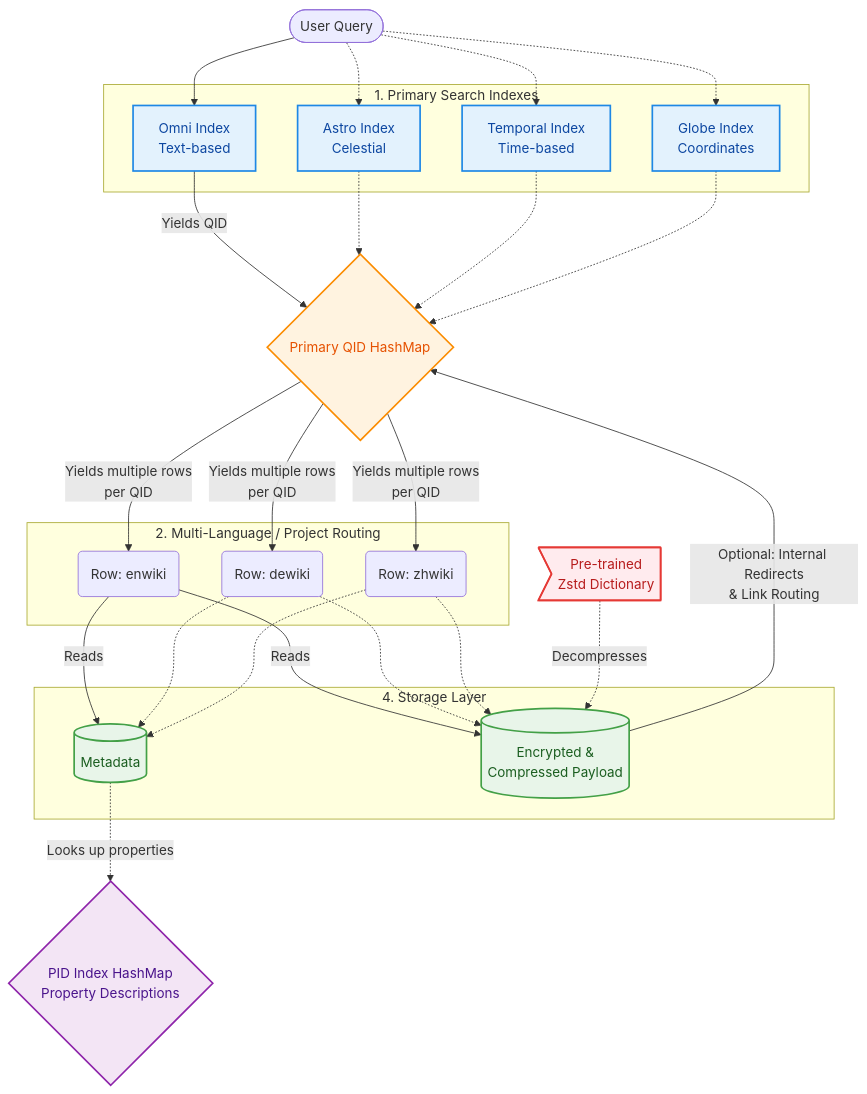
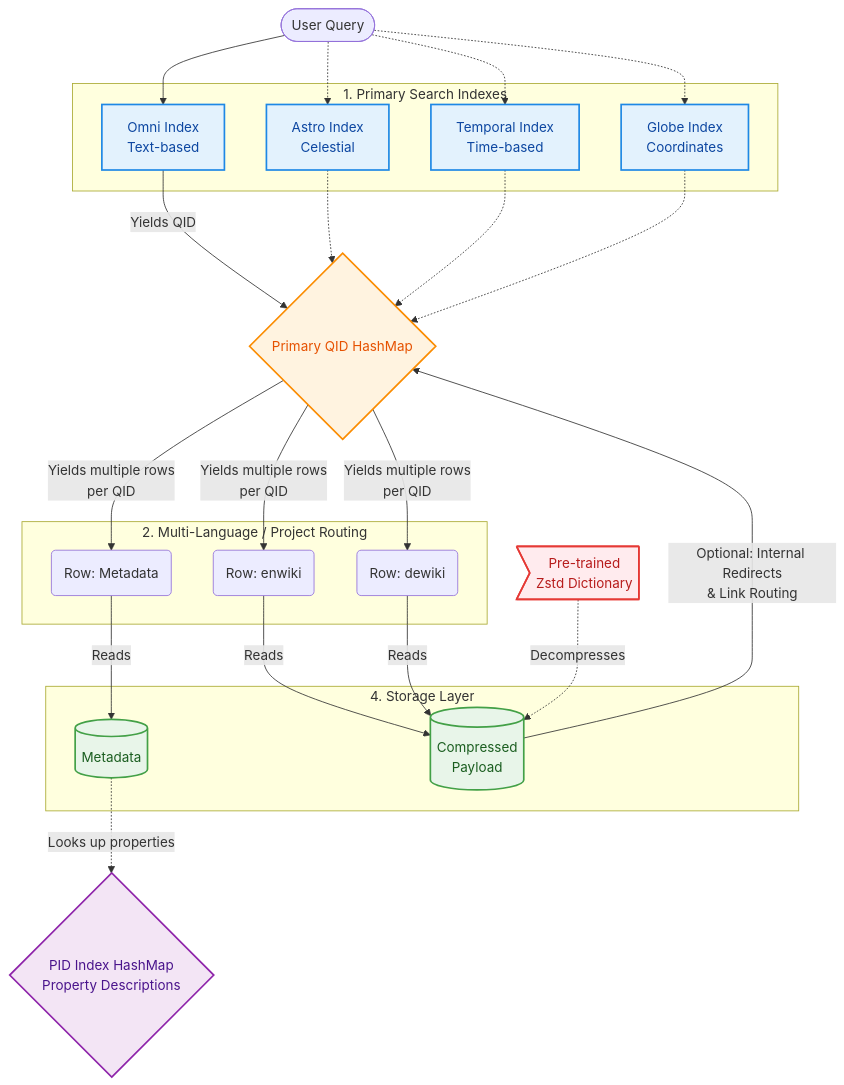
The diagram in README.md (jmueller209/WIKI_PDA), drawn with Mermaid before and after one commit.

````diff
--- a/README.md
+++ b/README.md
@@ -16,56 +16,55 @@
 ```mermaid
 flowchart TD
     %% Color Palette Definition
     classDef search fill:#e3f2fd,stroke:#1e88e5,stroke-width:2px,color:#0d47a1
     classDef memory fill:#fff3e0,stroke:#fb8c00,stroke-width:2px,color:#e65100
     classDef storage fill:#e8f5e9,stroke:#43a047,stroke-width:2px,color:#1b5e20
     classDef meta fill:#f3e5f5,stroke:#8e24aa,stroke-width:2px,color:#4a148c
     classDef tool fill:#ffebee,stroke:#e53935,stroke-width:2px,color:#b71c1c
 
     User([User Query])
 
     subgraph Phase1 [1. Primary Search Indexes]
         OS[Omni Index<br>Text-based]:::search
         AS[Astro Index<br>Celestial]:::search
         TS[Temporal Index<br>Time-based]:::search
         CS[Globe Index<br>Coordinates]:::search
     end
 
     User --> OS
     User -.-> AS
     User -.-> TS
     User -.-> CS
 
     HM{Primary QID HashMap}:::memory
     
     OS -- Yields QID --> HM
     AS -.-> HM
     TS -.-> HM
     CS -.-> HM
 
     subgraph Phase2 [2. Multi-Language / Project Routing]
-        R1(Row: enwiki)
-        R2(Row: dewiki)
-        R3(Row: zhwiki)
+        R1(Row: Metadata)
+        R2(Row: enwiki)
+        R3(Row: dewiki)
     end
 
     HM -- Yields multiple rows<br>per QID --> R1 & R2 & R3
 
     subgraph Phase3 [4. Storage Layer]
         MD[(Metadata)]:::storage
-        DAT[(Encrypted &<br>Compressed Payload)]:::storage
+        DAT[(Compressed<br>Payload)]:::storage
     end
 
     R1 -->|Reads| MD
-    R1 -->|Reads| DAT
-    R2 -.-> MD & DAT
-    R3 -.-> MD & DAT
+    R2 -->|Reads| DAT
+    R3 -->|Reads| DAT
 
     PID{PID Index HashMap<br>Property Descriptions}:::meta
     MD -. Looks up properties .-> PID
 
     DAT -- Optional: Internal Redirects<br>& Link Routing --> HM
 
     ZDICT>Pre-trained<br>Zstd Dictionary]:::tool
     ZDICT -.->|Decompresses| DAT
 ```
````
